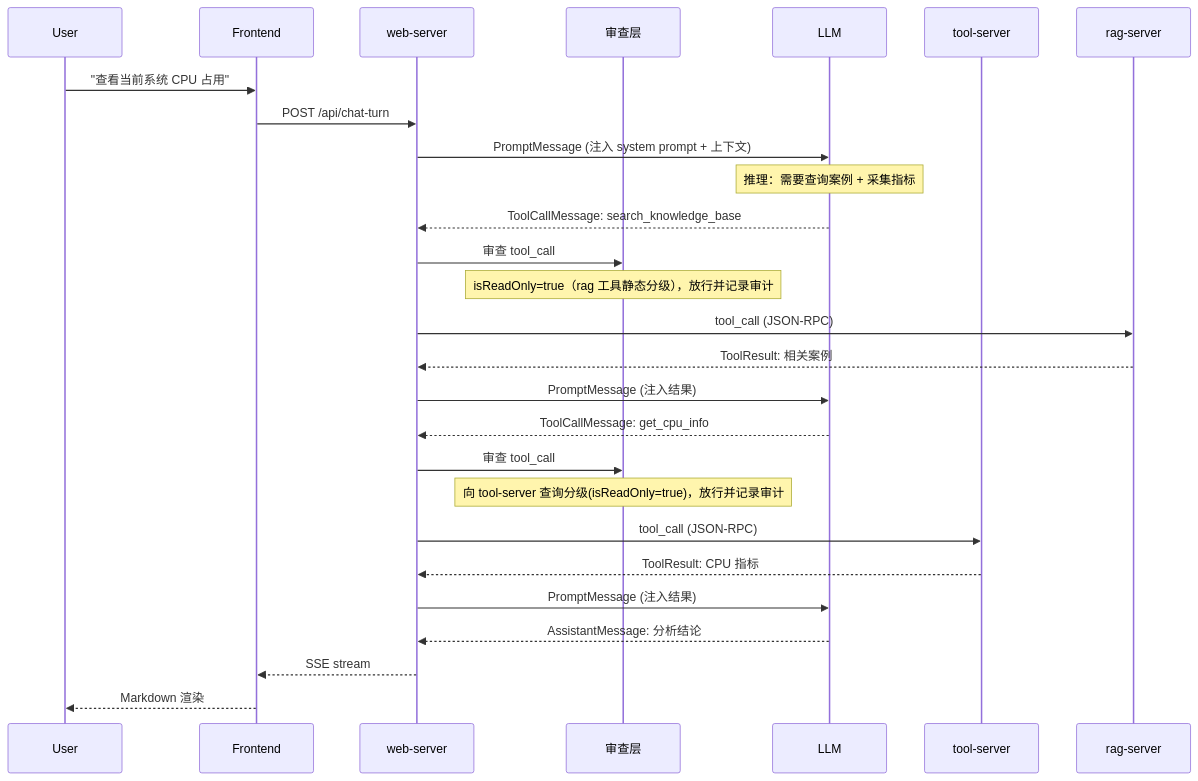
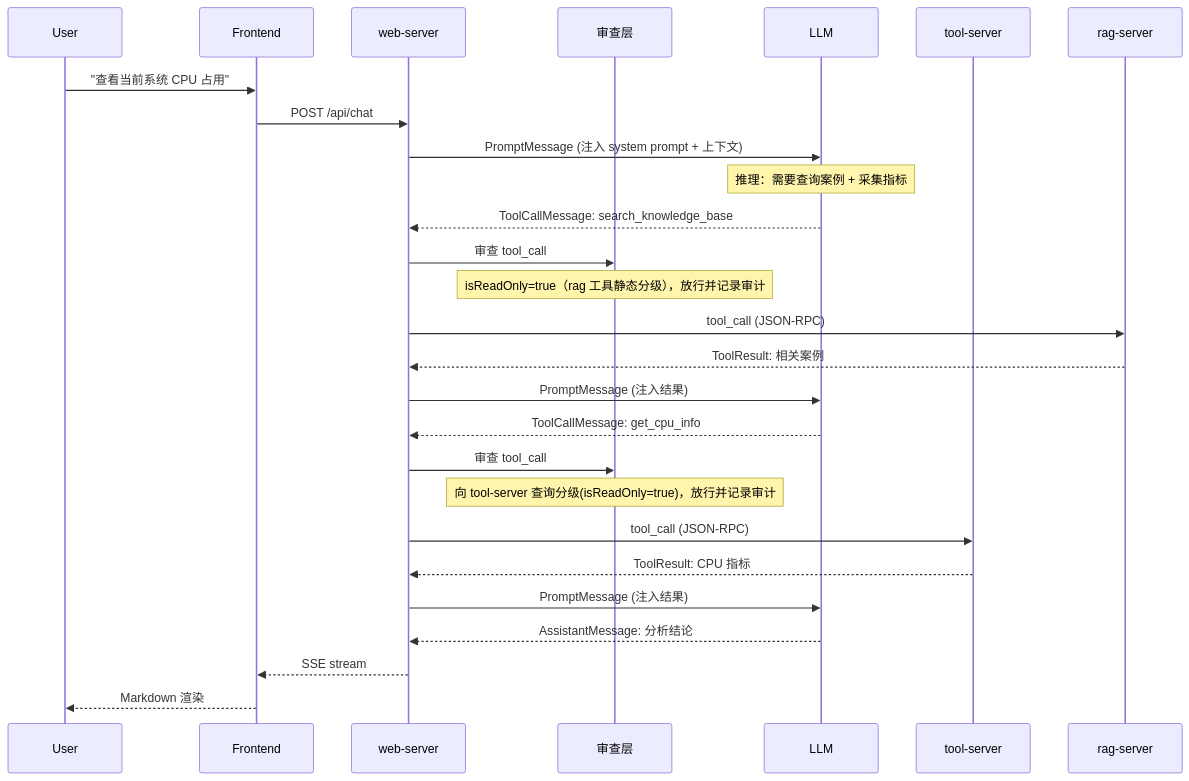
The first of 3 diagrams in doc/详细设计.md (nazzeDe/alascup-agent), drawn with Mermaid before and after one commit. The commit also changed other lines of this file and 13 other files, not shown here.

````diff
--- a/doc/详细设计.md
+++ b/doc/详细设计.md
@@ -19,30 +19,30 @@
 ```mermaid
 sequenceDiagram
     participant user as User
     participant front as Frontend
     participant web as web-server
     participant sec as 审查层
     participant llm as LLM
     participant tool as tool-server
     participant rag as rag-server
 
     user->>front: "查看当前系统 CPU 占用"
-    front->>web: POST /api/chat-turn
+    front->>web: POST /api/chat
     web->>llm: PromptMessage (注入 system prompt + 上下文)
     Note over llm: 推理：需要查询案例 + 采集指标
     llm-->>web: ToolCallMessage: search_knowledge_base
     web->>sec: 审查 tool_call
     Note over sec: isReadOnly=true（rag 工具静态分级），放行并记录审计
     web->>rag: tool_call (JSON-RPC)
     rag-->>web: ToolResult: 相关案例
     web->>llm: PromptMessage (注入结果)
     llm-->>web: ToolCallMessage: get_cpu_info
     web->>sec: 审查 tool_call
     Note over sec: 向 tool-server 查询分级(isReadOnly=true)，放行并记录审计
     web->>tool: tool_call (JSON-RPC)
     tool-->>web: ToolResult: CPU 指标
     web->>llm: PromptMessage (注入结果)
     llm-->>web: AssistantMessage: 分析结论
     web-->>front: SSE stream
     front-->>user: Markdown 渲染
 ```
````
